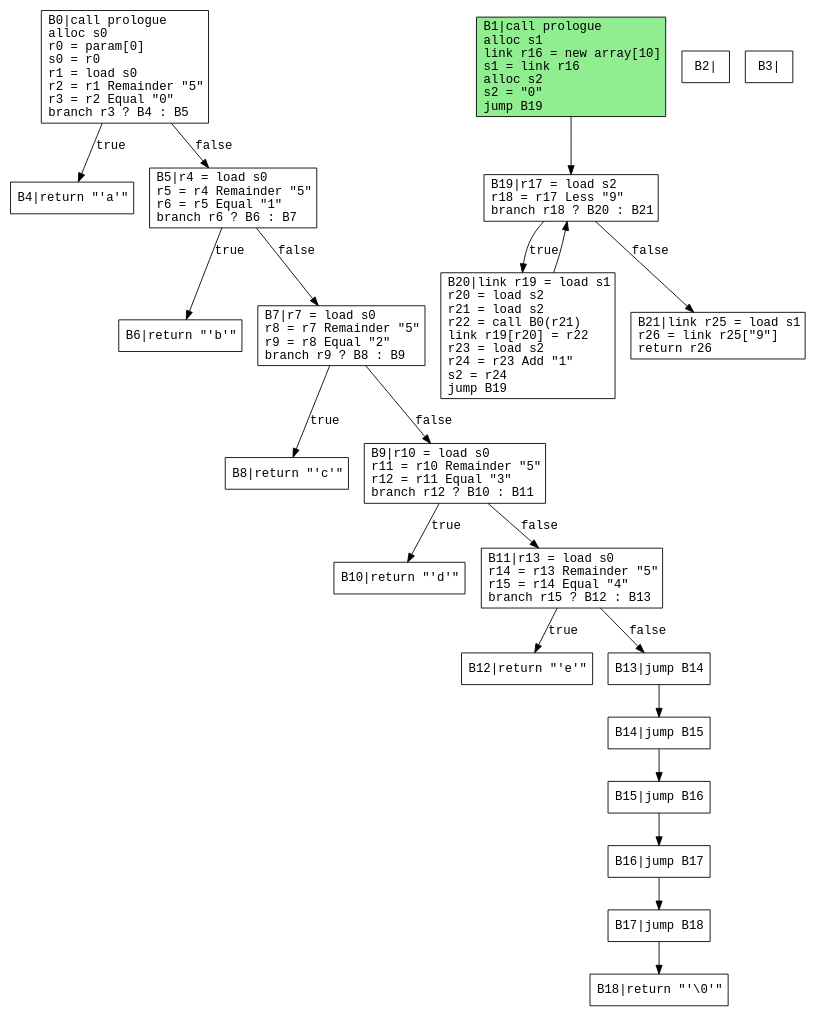
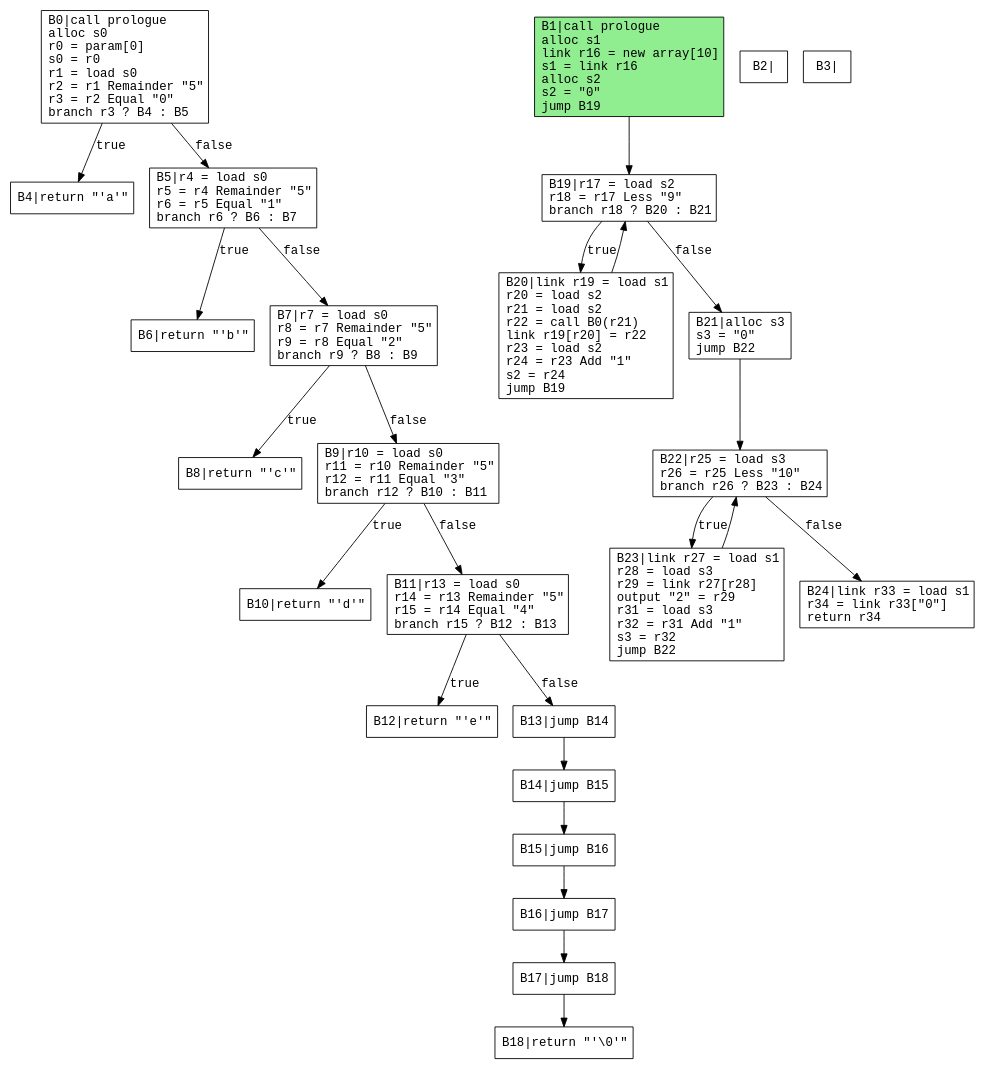
One commit to safarislava/ProcTranslator changed the diagram in output/array.dot. Above: the diagram before and after it, drawn with Graphviz. The commit also changed 43 other files, not shown here.

```diff
--- a/output/array.dot
+++ b/output/array.dot
@@ -1,48 +1,55 @@
 digraph CFG {
   rankdir=TB;
   node [shape=box, fontname="Courier"];
   edge [fontname="Courier"];
 
   B0 [label="B0|call prologue\lalloc s0\lr0 = param[0]\ls0 = r0\lr1 = load s0\lr2 = r1 Remainder \"5\"\lr3 = r2 Equal \"0\"\lbranch r3 ? B4 : B5\l"];
   B1 [label="B1|call prologue\lalloc s1\llink r16 = new array[10]\ls1 = link r16\lalloc s2\ls2 = \"0\"\ljump B19\l"];
   B2 [label="B2|"];
   B3 [label="B3|"];
   B4 [label="B4|return \"'a'\"\l"];
   B5 [label="B5|r4 = load s0\lr5 = r4 Remainder \"5\"\lr6 = r5 Equal \"1\"\lbranch r6 ? B6 : B7\l"];
   B6 [label="B6|return \"'b'\"\l"];
   B7 [label="B7|r7 = load s0\lr8 = r7 Remainder \"5\"\lr9 = r8 Equal \"2\"\lbranch r9 ? B8 : B9\l"];
   B8 [label="B8|return \"'c'\"\l"];
   B9 [label="B9|r10 = load s0\lr11 = r10 Remainder \"5\"\lr12 = r11 Equal \"3\"\lbranch r12 ? B10 : B11\l"];
   B10 [label="B10|return \"'d'\"\l"];
   B11 [label="B11|r13 = load s0\lr14 = r13 Remainder \"5\"\lr15 = r14 Equal \"4\"\lbranch r15 ? B12 : B13\l"];
   B12 [label="B12|return \"'e'\"\l"];
   B13 [label="B13|jump B14\l"];
   B14 [label="B14|jump B15\l"];
   B15 [label="B15|jump B16\l"];
   B16 [label="B16|jump B17\l"];
   B17 [label="B17|jump B18\l"];
   B18 [label="B18|return \"'\\0'\"\l"];
   B19 [label="B19|r17 = load s2\lr18 = r17 Less \"9\"\lbranch r18 ? B20 : B21\l"];
   B20 [label="B20|link r19 = load s1\lr20 = load s2\lr21 = load s2\lr22 = call B0(r21)\llink r19[r20] = r22\lr23 = load s2\lr24 = r23 Add \"1\"\ls2 = r24\ljump B19\l"];
-  B21 [label="B21|link r25 = load s1\lr26 = link r25[\"9\"]\lreturn r26\l"];
+  B21 [label="B21|alloc s3\ls3 = \"0\"\ljump B22\l"];
+  B22 [label="B22|r25 = load s3\lr26 = r25 Less \"10\"\lbranch r26 ? B23 : B24\l"];
+  B23 [label="B23|link r27 = load s1\lr28 = load s3\lr29 = link r27[r28]\loutput \"2\" = r29\lr31 = load s3\lr32 = r31 Add \"1\"\ls3 = r32\ljump B22\l"];
+  B24 [label="B24|link r33 = load s1\lr34 = link r33[\"0\"]\lreturn r34\l"];
   B0 -> B4 [label="true"];
   B0 -> B5 [label="false"];
   B1 -> B19;
   B5 -> B6 [label="true"];
   B5 -> B7 [label="false"];
   B7 -> B8 [label="true"];
   B7 -> B9 [label="false"];
   B9 -> B10 [label="true"];
   B9 -> B11 [label="false"];
   B11 -> B12 [label="true"];
   B11 -> B13 [label="false"];
   B13 -> B14;
   B14 -> B15;
   B15 -> B16;
   B16 -> B17;
   B17 -> B18;
   B19 -> B20 [label="true"];
   B19 -> B21 [label="false"];
   B20 -> B19;
+  B21 -> B22;
+  B22 -> B23 [label="true"];
+  B22 -> B24 [label="false"];
+  B23 -> B22;
   B1 [style=filled, fillcolor=lightgreen];
 }
```
